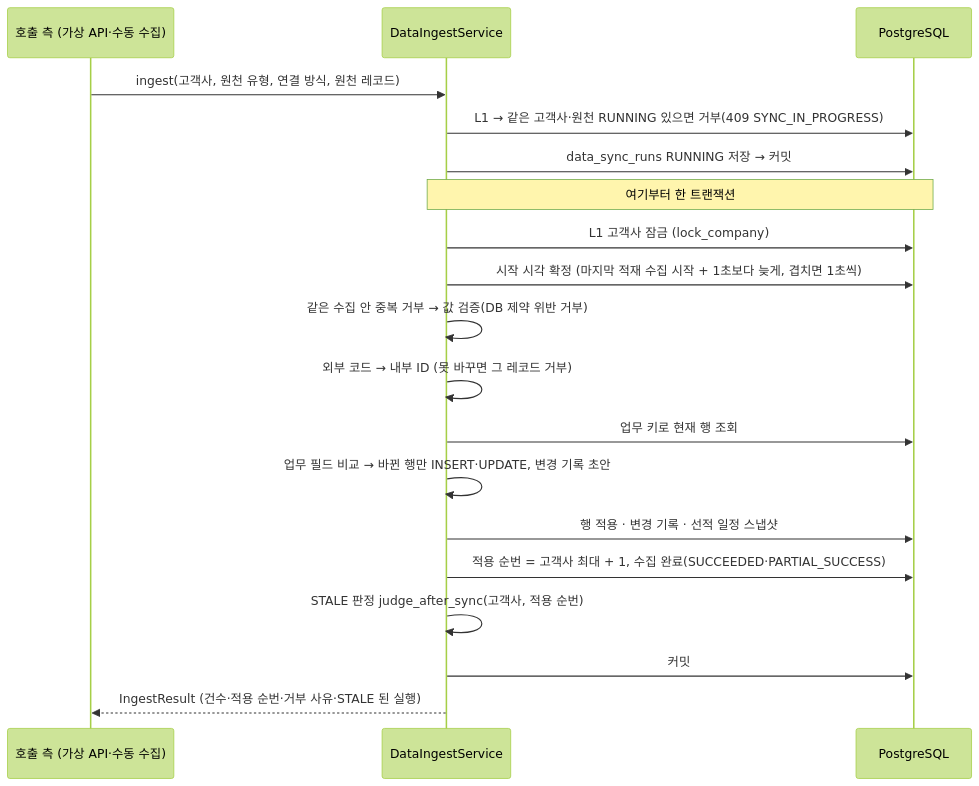
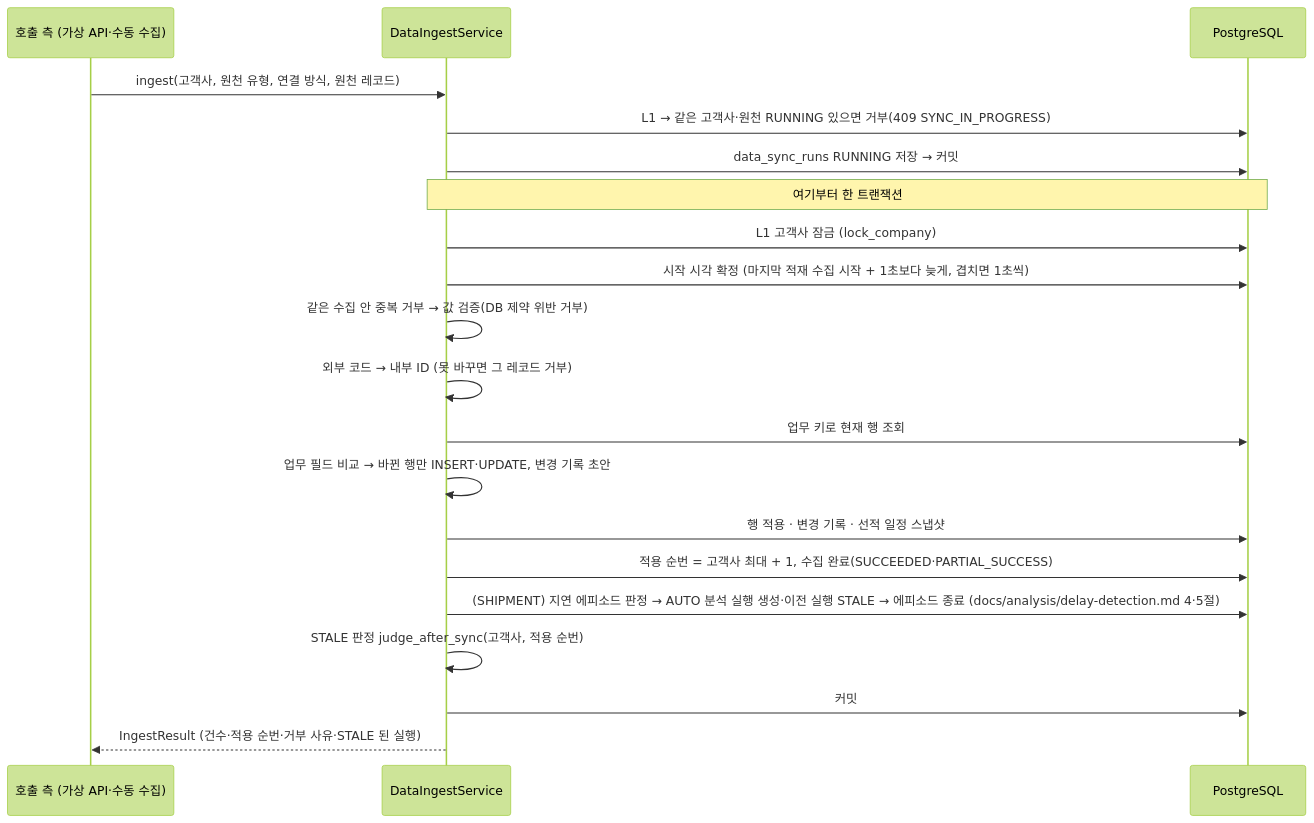
One commit to K-GlowShip/glowship-server changed the diagram in docs/data-sync/ingest.md. Above: the diagram before and after it, drawn with Mermaid (forest theme). The commit also changed other lines of this file and 3 other files, not shown here.

Commit message:
docs(delay_analysis): AUTO 실행 생성·직전 스냅샷 순번·종료 권한(0007) 문서와 docstring 반영 #GLOW-18

````diff
--- a/docs/data-sync/ingest.md
+++ b/docs/data-sync/ingest.md
@@ -9,22 +9,23 @@
 ```mermaid
 sequenceDiagram
     participant C as 호출 측 (가상 API·수동 수집)
     participant S as DataIngestService
     participant DB as PostgreSQL
 
     C->>S: ingest(고객사, 원천 유형, 연결 방식, 원천 레코드)
     S->>DB: L1 → 같은 고객사·원천 RUNNING 있으면 거부(409 SYNC_IN_PROGRESS)
     S->>DB: data_sync_runs RUNNING 저장 → 커밋
     Note over S,DB: 여기부터 한 트랜잭션
     S->>DB: L1 고객사 잠금 (lock_company)
     S->>DB: 시작 시각 확정 (마지막 적재 수집 시작 + 1초보다 늦게, 겹치면 1초씩)
     S->>S: 같은 수집 안 중복 거부 → 값 검증(DB 제약 위반 거부)
     S->>S: 외부 코드 → 내부 ID (못 바꾸면 그 레코드 거부)
     S->>DB: 업무 키로 현재 행 조회
     S->>S: 업무 필드 비교 → 바뀐 행만 INSERT·UPDATE, 변경 기록 초안
     S->>DB: 행 적용 · 변경 기록 · 선적 일정 스냅샷
     S->>DB: 적용 순번 = 고객사 최대 + 1, 수집 완료(SUCCEEDED·PARTIAL_SUCCESS)
+    S->>DB: (SHIPMENT) 지연 에피소드 판정 → AUTO 분석 실행 생성·이전 실행 STALE → 에피소드 종료 (docs/analysis/delay-detection.md 4·5절)
     S->>S: STALE 판정 judge_after_sync(고객사, 적용 순번)
     S->>DB: 커밋
     S-->>C: IngestResult (건수·적용 순번·거부 사유·STALE 된 실행)
 ```
````
